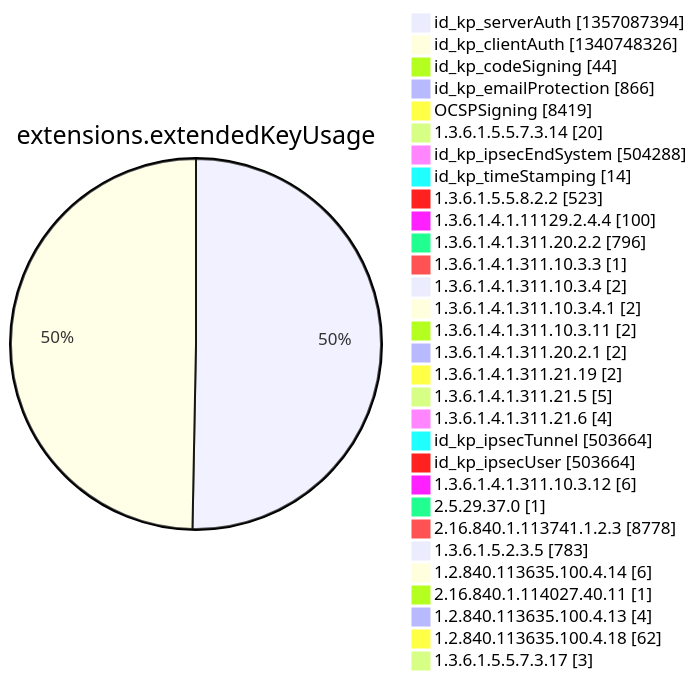
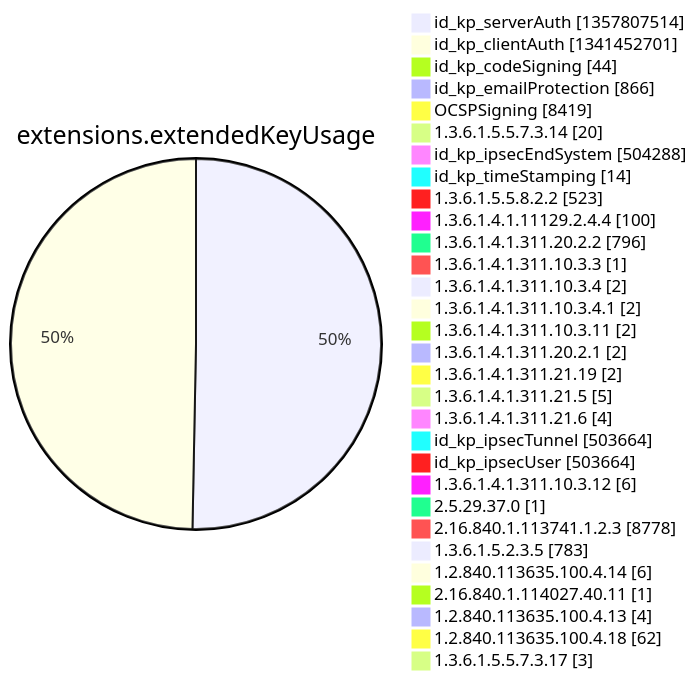
Diagram 12 of 15 in argon2022/README.md (christiankrug/ctmonitor_visualization), drawn with Mermaid before and after one commit. The commit also changed other lines of this file, not shown here.

````diff
--- a/argon2022/README.md
+++ b/argon2022/README.md
@@ -3553,34 +3553,34 @@
 ```mermaid
 pie showData
 title extensions.extendedKeyUsage
-"id_kp_serverAuth" :1357087394
-"id_kp_clientAuth" :1340748326
+"id_kp_serverAuth" :1357807514
+"id_kp_clientAuth" :1341452701
 "id_kp_codeSigning" :44
 "id_kp_emailProtection" :866
 "OCSPSigning" :8419
 "1.3.6.1.5.5.7.3.14" :20
 "id_kp_ipsecEndSystem" :504288
 "id_kp_timeStamping" :14
 "1.3.6.1.5.5.8.2.2" :523
 "1.3.6.1.4.1.11129.2.4.4" :100
 "1.3.6.1.4.1.311.20.2.2" :796
 "1.3.6.1.4.1.311.10.3.3" :1
 "1.3.6.1.4.1.311.10.3.4" :2
 "1.3.6.1.4.1.311.10.3.4.1" :2
 "1.3.6.1.4.1.311.10.3.11" :2
 "1.3.6.1.4.1.311.20.2.1" :2
 "1.3.6.1.4.1.311.21.19" :2
 "1.3.6.1.4.1.311.21.5" :5
 "1.3.6.1.4.1.311.21.6" :4
 "id_kp_ipsecTunnel" :503664
 "id_kp_ipsecUser" :503664
 "1.3.6.1.4.1.311.10.3.12" :6
 "2.5.29.37.0" :1
 "2.16.840.1.113741.1.2.3" :8778
 "1.3.6.1.5.2.3.5" :783
 "1.2.840.113635.100.4.14" :6
 "2.16.840.1.114027.40.11" :1
 "1.2.840.113635.100.4.13" :4
 "1.2.840.113635.100.4.18" :62
 "1.3.6.1.5.5.7.3.17" :3
 ```
````
